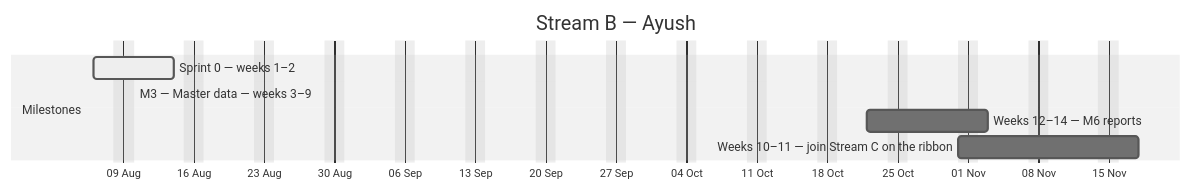
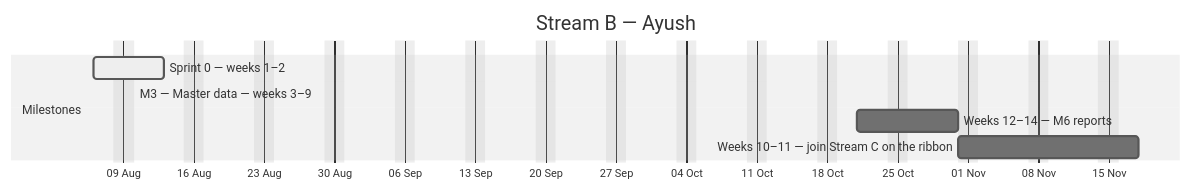
Before and after one commit to debashisedunext/EduTrack: the second of 4 diagrams in docs/plan/GANTT.md, drawn with Mermaid (neutral theme). The commit also changed other lines of this file and 3 other files, not shown here.

````diff
--- a/docs/plan/GANTT.md
+++ b/docs/plan/GANTT.md
@@ -140,12 +140,12 @@
 ```mermaid
 gantt
     dateFormat YYYY-MM-DD
     axisFormat %d %b
     title Stream B — Ayush
     excludes weekends
     section Milestones
-    Sprint 0 — weeks 1–2 :active, b0, 2026-08-06, 6d
-    M3 — Master data — weeks 3–9 :active, b1, 2026-08-10, -14d
-    Weeks 12–14 — M6 reports :b2, 2026-10-22, 8d
+    Sprint 0 — weeks 1–2 :active, b0, 2026-08-06, 5d
+    M3 — Master data — weeks 3–9 :active, b1, 2026-08-10, -15d
+    Weeks 12–14 — M6 reports :b2, 2026-10-21, 8d
     Weeks 10–11 — join Stream C on the ribbon :b3, 2026-10-31, 13d
 ```
````
